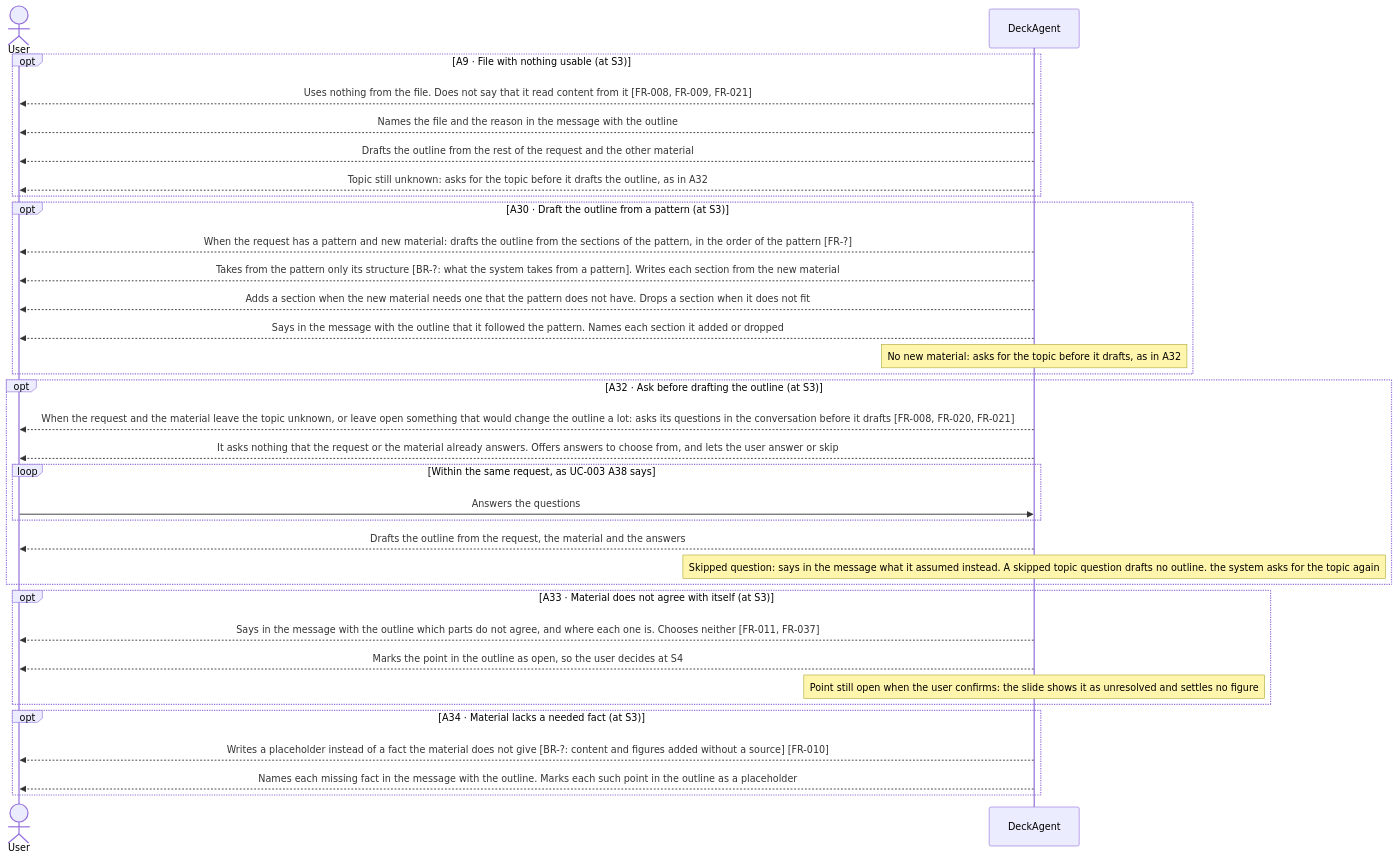
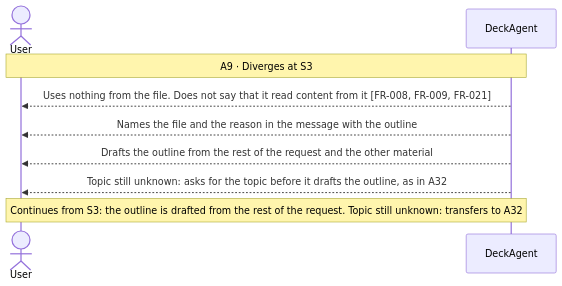
The third of 23 diagrams in docs/spec/03-use-cases/UC-001.md (Luke23127006/DeckAgent), drawn with Mermaid before and after one commit. The commit also changed other lines of this file and 25 other files, not shown here.

Commit message:
docs(spec): restructure use cases with main flow first

````diff
--- a/docs/spec/03-use-cases/UC-001.md
+++ b/docs/spec/03-use-cases/UC-001.md
@@ -80,36 +100,11 @@
 ```mermaid
 sequenceDiagram
     actor User
     participant DeckAgent
-    opt A9 · File with nothing usable (at S3)
-        DeckAgent-->>User: Uses nothing from the file. Does not say that it read content from it [FR-008, FR-009, FR-021]
-        DeckAgent-->>User: Names the file and the reason in the message with the outline
-        DeckAgent-->>User: Drafts the outline from the rest of the request and the other material
-        DeckAgent-->>User: Topic still unknown: asks for the topic before it drafts the outline, as in A32
-    end
-    opt A30 · Draft the outline from a pattern (at S3)
-        DeckAgent-->>User: When the request has a pattern and new material: drafts the outline from the sections of the pattern, in the order of the pattern [FR-?]
-        DeckAgent-->>User: Takes from the pattern only its structure [BR-?: what the system takes from a pattern]. Writes each section from the new material
-        DeckAgent-->>User: Adds a section when the new material needs one that the pattern does not have. Drops a section when it does not fit
-        DeckAgent-->>User: Says in the message with the outline that it followed the pattern. Names each section it added or dropped
-        note over DeckAgent: No new material: asks for the topic before it drafts, as in A32
-    end
-    opt A32 · Ask before drafting the outline (at S3)
-        DeckAgent-->>User: When the request and the material leave the topic unknown, or leave open something that would change the outline a lot: asks its questions in the conversation before it drafts [FR-008, FR-020, FR-021]
-        DeckAgent-->>User: It asks nothing that the request or the material already answers. Offers answers to choose from, and lets the user answer or skip
-        loop Within the same request, as UC-003 A38 says
-            User->>DeckAgent: Answers the questions
-        end
-        DeckAgent-->>User: Drafts the outline from the request, the material and the answers
-        note over DeckAgent: Skipped question: says in the message what it assumed instead. A skipped topic question drafts no outline. the system asks for the topic again
-    end
-    opt A33 · Material does not agree with itself (at S3)
-        DeckAgent-->>User: Says in the message with the outline which parts do not agree, and where each one is. Chooses neither [FR-011, FR-037]
-        DeckAgent-->>User: Marks the point in the outline as open, so the user decides at S4
-        note over DeckAgent: Point still open when the user confirms: the slide shows it as unresolved and settles no figure
-    end
-    opt A34 · Material lacks a needed fact (at S3)
-        DeckAgent-->>User: Writes a placeholder instead of a fact the material does not give [BR-?: content and figures added without a source] [FR-010]
-        DeckAgent-->>User: Names each missing fact in the message with the outline. Marks each such point in the outline as a placeholder
-    end
+    Note over User,DeckAgent: A9 · Diverges at S3
+    DeckAgent-->>User: Uses nothing from the file. Does not say that it read content from it [FR-008, FR-009, FR-021]
+    DeckAgent-->>User: Names the file and the reason in the message with the outline
+    DeckAgent-->>User: Drafts the outline from the rest of the request and the other material
+    DeckAgent-->>User: Topic still unknown: asks for the topic before it drafts the outline, as in A32
+    Note over User,DeckAgent: Continues from S3: the outline is drafted from the rest of the request. Topic still unknown: transfers to A32
 ```
````
